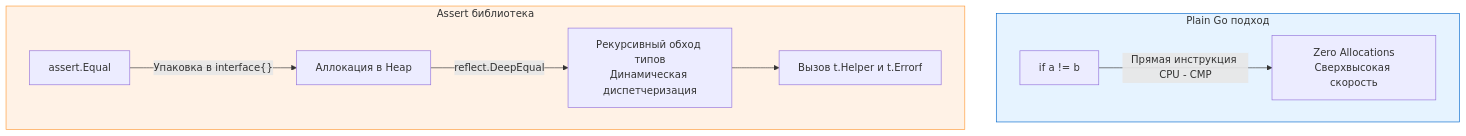
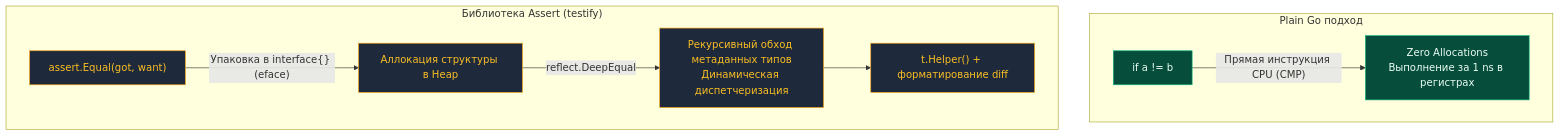
One commit to UnrealTemplier/go-textbook changed the diagram in sources/15. Тестирование в Go (QA & Testing)/03. Assertions и tooling/1. Assert подход vs plain Go.md. Above: the diagram before and after it, drawn with Mermaid. The commit also changed other lines of this file, not shown here.

Commit message:
feat(module-15): editorial rewrite of lecture 1 (Assert подход vs plain Go) in Subsection 3 in Kernighan style

````diff
--- a/sources/15. Тестирование в Go (QA & Testing)/03. Assertions и tooling/1. Assert подход vs plain Go.md
+++ b/sources/15. Тестирование в Go (QA & Testing)/03. Assertions и tooling/1. Assert подход vs plain Go.md
@@ -81,15 +112,18 @@
 ```mermaid
 flowchart TD
     subgraph Plain ["Plain Go подход"]
-        A["if a != b"] -->|"Прямая инструкция CPU - CMP"| B["Zero Allocations<br>Сверхвысокая скорость"]
+        P1["if a != b"] -->|"Прямая инструкция CPU (CMP)"| P2["Zero Allocations<br/>Выполнение за 1 ns в регистрах"]
     end
     
-    subgraph Assert ["Assert библиотека"]
-        C["assert.Equal"] -->|"Упаковка в interface{}"| D["Аллокация в Heap"]
-        D -->|"reflect.DeepEqual"| E["Рекурсивный обход типов<br>Динамическая диспетчеризация"]
-        E --> F["Вызов t.Helper и t.Errorf"]
+    subgraph Assert ["Библиотека Assert (testify)"]
+        A1["assert.Equal(got, want)"] -->|"Упаковка в interface{} (eface)"| A2["Аллокация структуры в Heap"]
+        A2 -->|"reflect.DeepEqual"| A3["Рекурсивный обход метаданных типов<br/>Динамическая диспетчеризация"]
+        A3 --> A4["t.Helper() + форматирование diff"]
     end
-    
-    style Plain fill:#e6f3ff,stroke:#0066cc
-    style Assert fill:#fff2e6,stroke:#ff9933
+
+    classDef plain fill:#064e3b,stroke:#10b981,stroke-width:1px,color:#ecfdf5;
+    classDef assert fill:#1e293b,stroke:#f59e0b,stroke-width:1px,color:#fbbf24;
+
+    class P1,P2 plain;
+    class A1,A2,A3,A4 assert;
 ```
````
